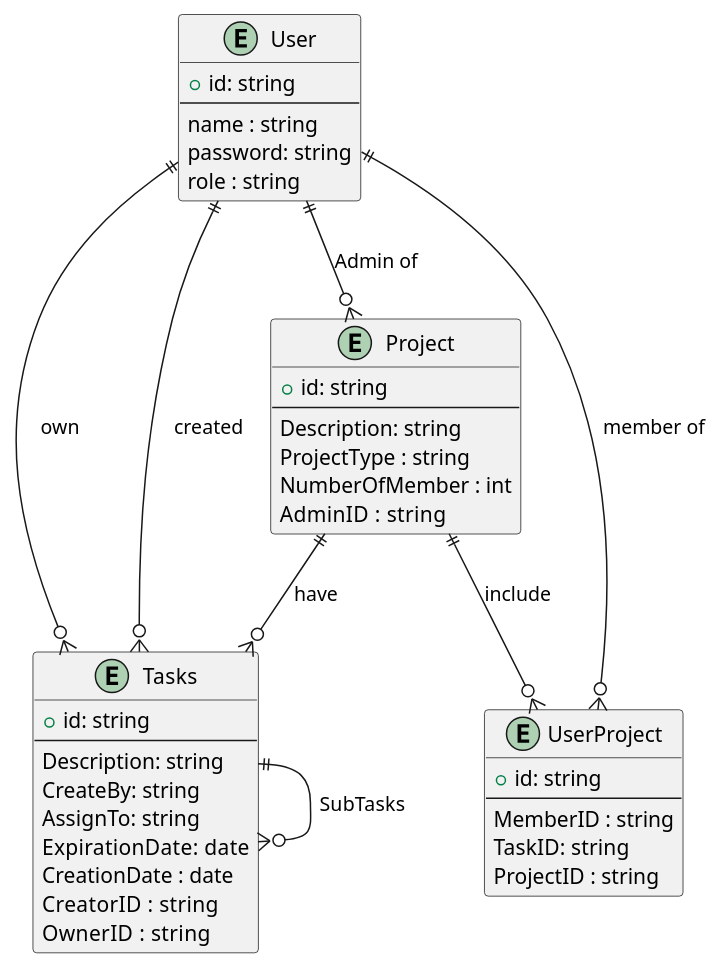
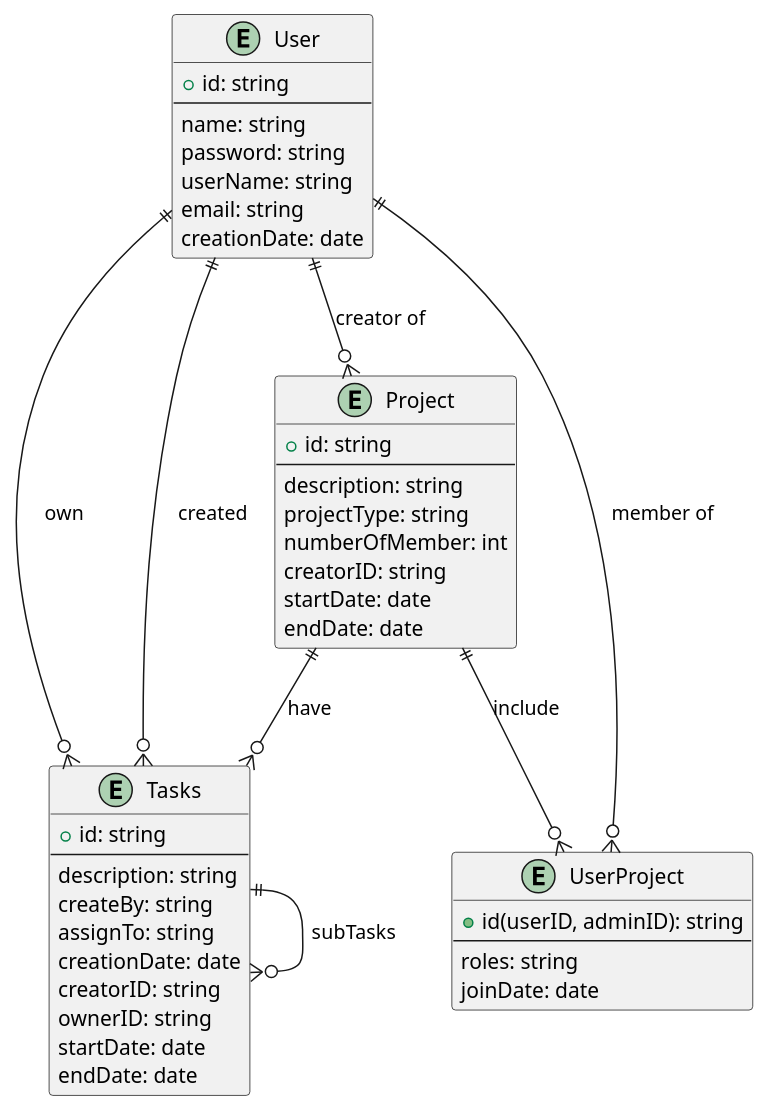
One commit to codingPhuc/erd-diagram changed the diagram in loopBack4ERD.wsd. Above: the diagram before and after it, drawn with PlantUML. The commit also changed 1 other file, not shown here.

```diff
--- a/loopBack4ERD.wsd
+++ b/loopBack4ERD.wsd
@@ -1,49 +1,53 @@
 @startuml
 
 entity "User" as e1 {
   +id: string 
   --
-  name : string
+  name: string
   password: string 
-  role : string 
+  userName: string 
+  email: string 
+  creationDate: date
 }
 
 entity "UserProject" as e2 {
-  +id: string 
+  +id(userID, adminID): string 
   --
-  MemberID : string
-  TaskID: string
-  ProjectID : string
+  roles: string 
+  joinDate: date 
 }
 
 entity "Project" as e3 {
   +id: string 
   --
-  Description: string
-  ProjectType : string
-  NumberOfMember : int
-  AdminID :  string
+  description: string
+  projectType: string
+  numberOfMember: int
+  creatorID: string
+  startDate: date
+  endDate: date 
 }
 
 entity "Tasks" as e4 {
   +id: string 
   --
-  Description: string
-  CreateBy: string
-  AssignTo: string 
-  ExpirationDate:  date
-  CreationDate : date
-  CreatorID  : string
-  OwnerID  : string 
+  description: string
+  createBy: string
+  assignTo: string 
+  creationDate: date
+  creatorID: string
+  ownerID: string 
+  startDate: date    
+  endDate: date  
 }
 
 e1 ||--o{ e2 : "member of "
-e1 ||--o{ e3 : "Admin of"
+e1 ||--o{ e3 : "creator of"
 e3 ||--o{ e4 : "have" 
 
 e1 ||--o{ e4 : "own"  
 e1 ||--o{ e4 : "created"  
 e3 ||--o{ e2 : "include"
-e4 ||-o{ e4  : "SubTasks"
+e4 ||-o{ e4 : "subTasks"
 
 @enduml
```
